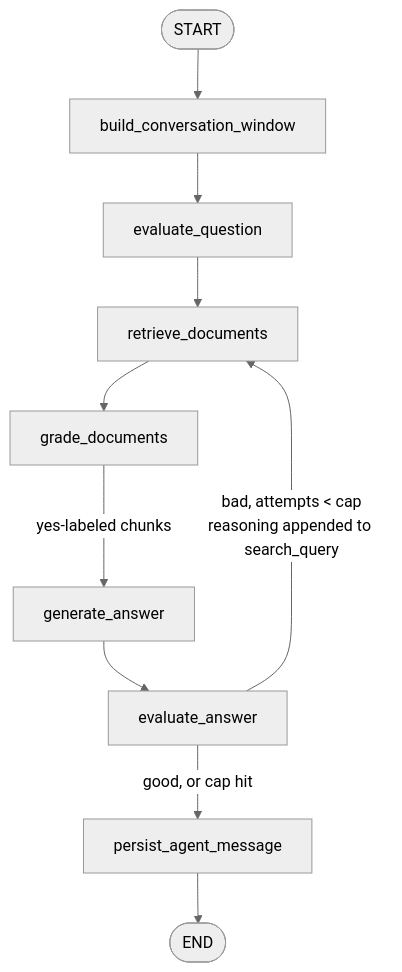
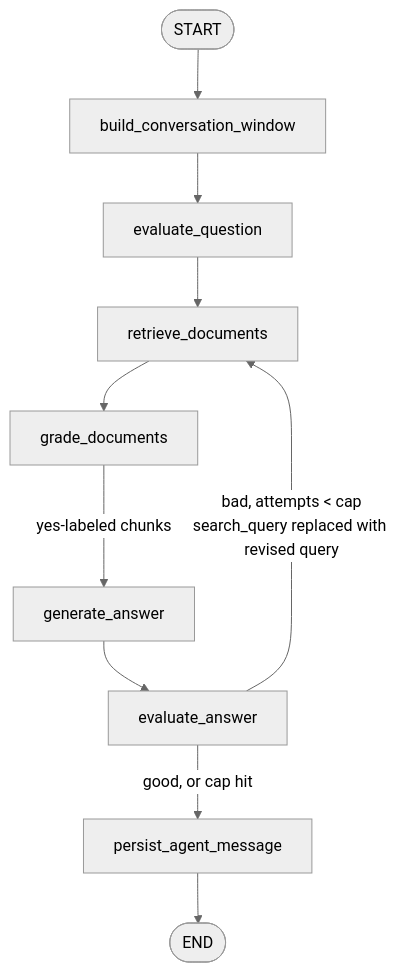
The diagram in docs/query_agent.md (NaorGavriel/mnrva), drawn with Mermaid (neutral theme) before and after one commit. The commit also changed other lines of this file and 4 other files, not shown here.

Commit message:
evaluate_answer now writes a standalone revised_search_query on a bad grade.

````diff
--- a/docs/query_agent.md
+++ b/docs/query_agent.md
@@ -12,12 +12,12 @@
 ```mermaid
 graph TD
     START([START]) --> BCW[build_conversation_window]
     BCW --> EQ[evaluate_question]
     EQ --> RD[retrieve_documents]
     RD --> GD[grade_documents]
     GD -->|yes-labeled chunks| GA[generate_answer]
     GA --> EA[evaluate_answer]
-    EA -->|bad, attempts < cap<br/>reasoning appended to search_query| RD
+    EA -->|bad, attempts < cap<br/>search_query replaced with revised query| RD
     EA -->|good, or cap hit| PM[persist_agent_message]
     PM --> END([END])
 ```
````
